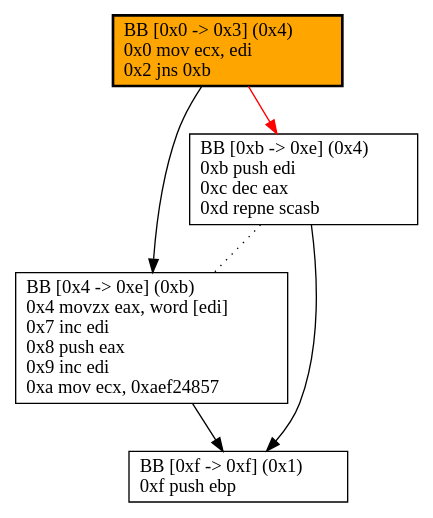
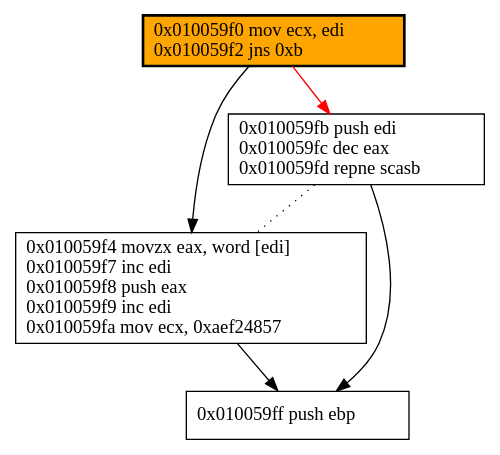
Before and after one commit to yaps8/these: the diagram in supports/disasm/upx/upx.dot, drawn with Graphviz. The commit also changed 8 other files, not shown here.

```diff
--- a/supports/disasm/upx/upx.dot
+++ b/supports/disasm/upx/upx.dot
@@ -1,12 +1,12 @@
 digraph G {
 labeljust=r
-"0xb" [labeljust=r,label="BB [0xb -> 0xe] (0x4)\l0xb push edi\l0xc dec eax\l0xd repne scasb\l", shape=box, style="filled", fillcolor=white]
-"0x0" [label="BB [0x0 -> 0x3] (0x4)\l0x0 mov ecx, edi\l0x2 jns 0xb\l", shape=box, style="bold, filled", fillcolor="orange"]
-"0x4" [labeljust=r,label="BB [0x4 -> 0xe] (0xb)\l0x4 movzx eax, word [edi]\l0x7 inc edi\l0x8 push eax\l0x9 inc edi\l0xa mov ecx, 0xaef24857\l", shape=box, style="filled", fillcolor=white]
-"0xf" [labeljust=r,label="BB [0xf -> 0xf] (0x1)\l0xf push ebp\l", shape=box, style="filled", fillcolor=white]
+"0xb" [labeljust=r,label="0x010059fb push edi\l0x010059fc dec eax\l0x010059fd repne scasb\l", shape=box, style="filled", fillcolor=white]
+"0x0" [label="0x010059f0 mov ecx, edi\l0x010059f2 jns 0xb\l", shape=box, style="bold, filled", fillcolor="orange"]
+"0x4" [labeljust=r,label="0x010059f4 movzx eax, word [edi]\l0x010059f7 inc edi\l0x010059f8 push eax\l0x010059f9 inc edi\l0x010059fa mov ecx, 0xaef24857\l", shape=box, style="filled", fillcolor=white]
+"0xf" [labeljust=r,label="0x010059ff push ebp\l", shape=box, style="filled", fillcolor=white]
 "0xb" -> "0x4" [style=dotted,arrowhead=none,color=black]
 "0xb" -> "0xf" [color=black]
 "0x0" -> "0xb" [color=red]
 "0x0" -> "0x4" [color=black]
 "0x4" -> "0xf" [color=black]
 }
```
